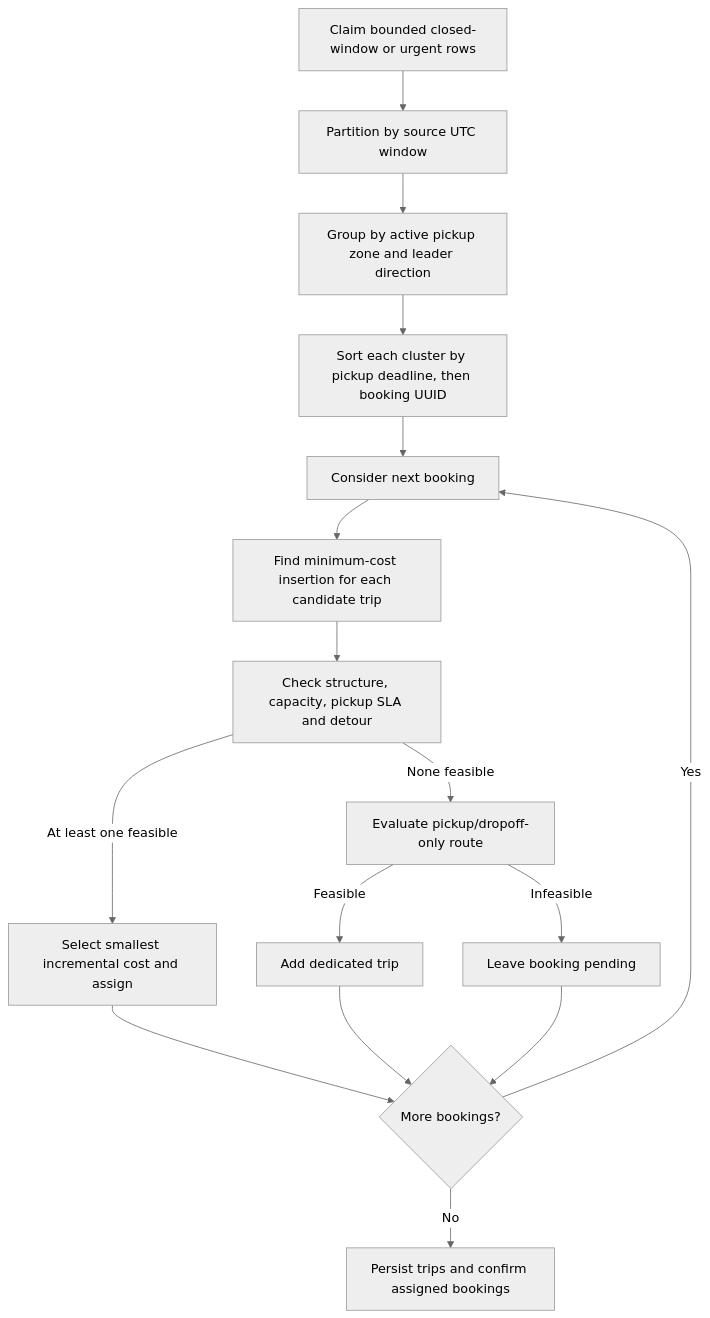
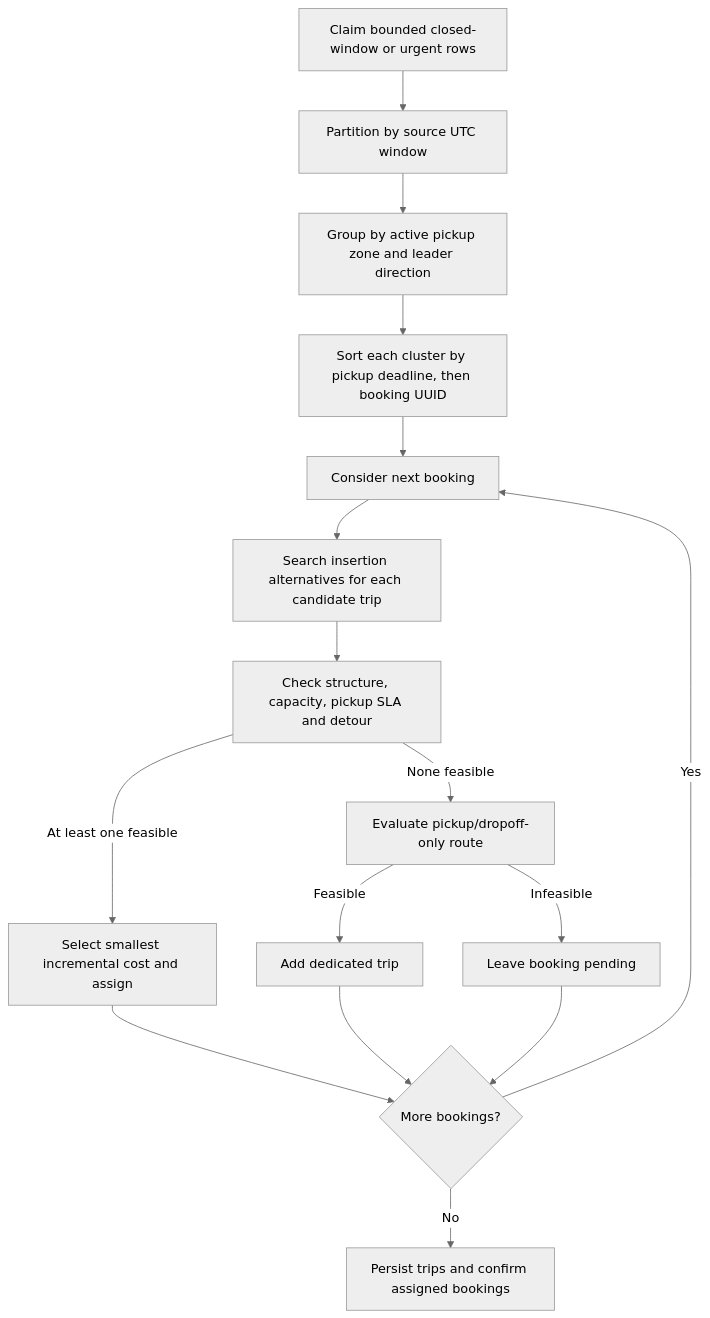
Before and after one commit to aakash-kr-7/sla-aware-ride-batching: the first of 2 diagrams in docs/batching-strategy.md, drawn with Mermaid (neutral theme). The commit also changed other lines of this file and 15 other files, not shown here.

````diff
--- a/docs/batching-strategy.md
+++ b/docs/batching-strategy.md
@@ -29,18 +29,18 @@
 ```mermaid
 flowchart TD
     Claim[Claim bounded closed-window or urgent rows] --> Window[Partition by source UTC window]
     Window --> Cluster[Group by active pickup zone and leader direction]
     Cluster --> Sort[Sort each cluster by pickup deadline, then booking UUID]
     Sort --> Next[Consider next booking]
-    Next --> Search[Find minimum-cost insertion for each candidate trip]
+    Next --> Search[Search insertion alternatives for each candidate trip]
     Search --> Check[Check structure, capacity, pickup SLA and detour]
     Check -->|At least one feasible| Shared[Select smallest incremental cost and assign]
     Check -->|None feasible| Solo[Evaluate pickup/dropoff-only route]
     Solo -->|Feasible| New[Add dedicated trip]
     Solo -->|Infeasible| Wait[Leave booking pending]
     Shared --> More{More bookings?}
     New --> More
     Wait --> More
     More -->|Yes| Next
     More -->|No| Persist[Persist trips and confirm assigned bookings]
 ```
````
